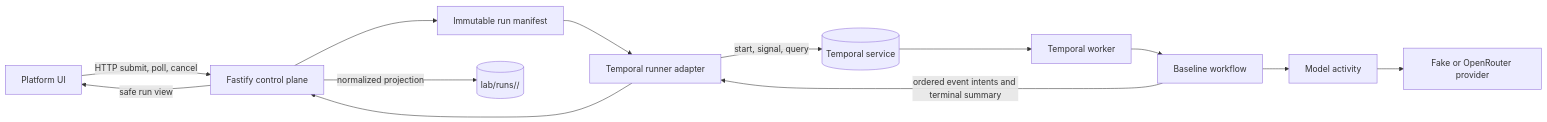
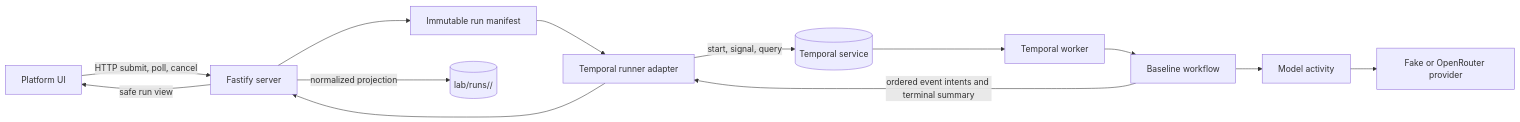
One commit to iamenochchirima/agents-lab changed the diagram in server/src/platforms/temporal/docs/architecture.md. Above: the diagram before and after it, drawn with Mermaid. The commit also changed other lines of this file and 38 other files, not shown here.

````diff
--- a/server/src/platforms/temporal/docs/architecture.md
+++ b/server/src/platforms/temporal/docs/architecture.md
@@ -7,26 +7,26 @@
 ```mermaid
 flowchart LR
   browser[Platform UI]
-  api[Fastify control plane]
+  api[Fastify server]
   manifest[Immutable run manifest]
   runner[Temporal runner adapter]
   temporal[(Temporal service)]
   worker[Temporal worker]
   workflow[Baseline workflow]
   activity[Model activity]
   provider[Fake or OpenRouter provider]
   evidence[(lab/runs/<run-id>/)]
 
   browser -->|HTTP submit, poll, cancel| api
   api --> manifest
   manifest --> runner
   runner -->|start, signal, query| temporal
   temporal --> worker
   worker --> workflow
   workflow --> activity
   activity --> provider
   workflow -->|ordered event intents and terminal summary| runner
   runner --> api
   api -->|normalized projection| evidence
   api -->|safe run view| browser
 ```
````
